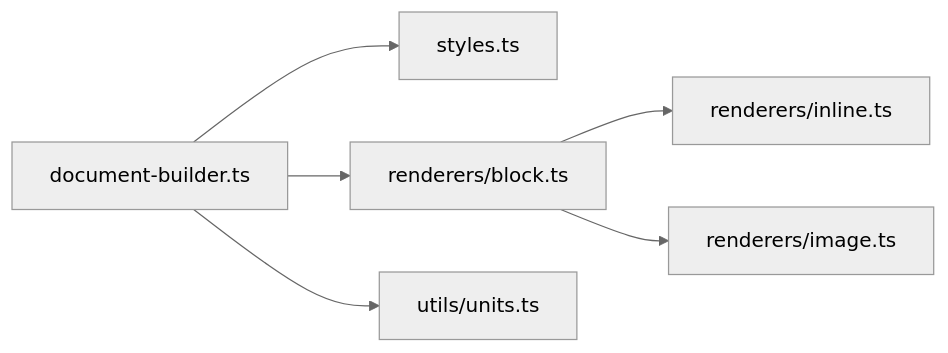
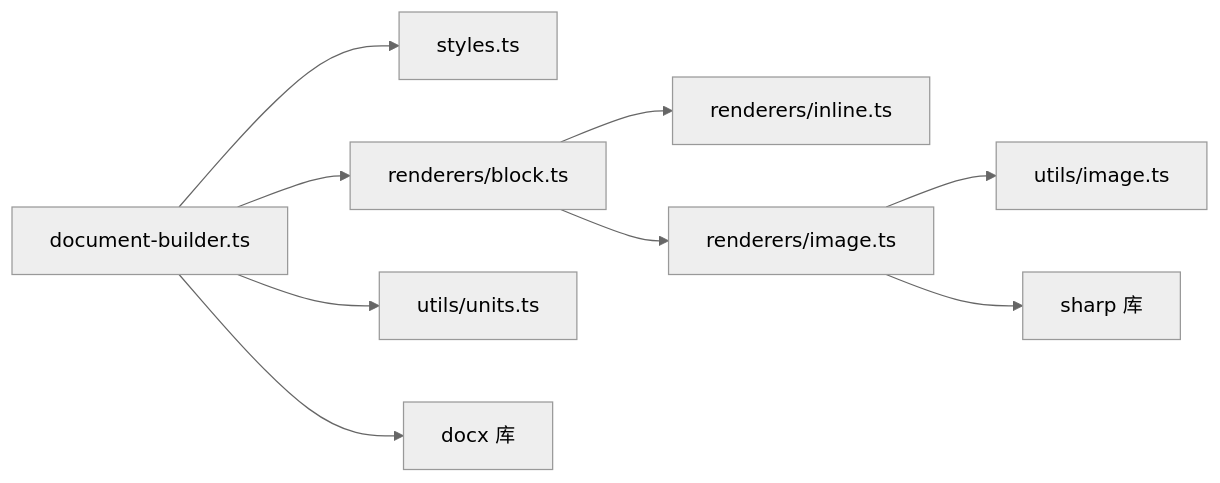
One commit to wanwushelie/markdown-to-word-studio changed the fifth of 6 diagrams in .lingma/repowiki/zh/content/开发指南/核心模块详解/生成器模块/文档构建器.md. Above: the diagram before and after it, drawn with Mermaid (neutral theme). The commit also changed other lines of this file and 7 other files, not shown here.

````diff
--- a/.lingma/repowiki/zh/content/开发指南/核心模块详解/生成器模块/文档构建器.md
+++ b/.lingma/repowiki/zh/content/开发指南/核心模块详解/生成器模块/文档构建器.md
@@ -282,8 +342,11 @@
 ```mermaid
 graph LR
 DB["document-builder.ts"] --> ST["styles.ts"]
 DB --> BR["renderers/block.ts"]
 BR --> IRN["renderers/inline.ts"]
 BR --> IMG["renderers/image.ts"]
 DB --> UN["utils/units.ts"]
+IMG --> IM["utils/image.ts"]
+DB --> DOCX["docx 库"]
+IMG --> SHARP["sharp 库"]
 ```
````
